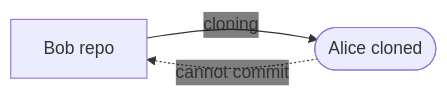
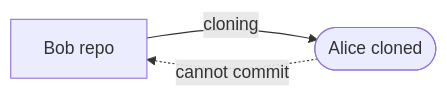
Before and after one commit to hpc2n/course-intro-git: the second of 5 diagrams in docs/remotes.md, drawn with Mermaid. The commit also changed other lines of this file, not shown here.

Commit message:
Label on edges of diagrams

````diff
--- a/docs/remotes.md
+++ b/docs/remotes.md
@@ -367,8 +367,7 @@
 ```mermaid
-%%{init: {'themeVariables': { 'edgeLabelBackground': 'transparent'}}}%%
 graph LR
   bob["Bob repo"]
   alice(["Alice cloned"])
   bob --cloning--> alice
   alice -.cannot commit.-> bob
 ```
````
